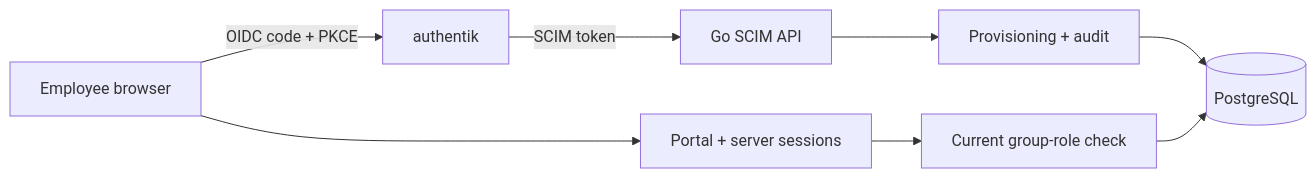
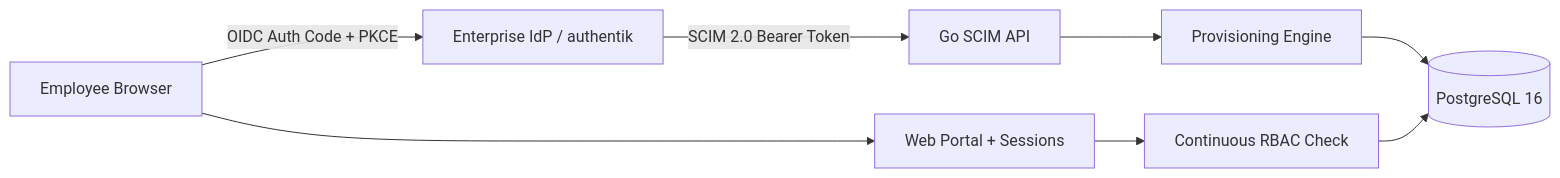
One commit to ranajahanzaib/enterprise-user-provisioning changed the first of 2 diagrams in README.md. Above: the diagram before and after it, drawn with Mermaid. The commit also changed other lines of this file, not shown here.

First line of the commit message:
docs(readme): update README with showcase gallery, architecture, and recipes

````diff
--- a/README.md
+++ b/README.md
@@ -13,10 +36,10 @@
 ```mermaid
 flowchart LR
-  IdP[authentik] -->|SCIM token| API[Go SCIM API]
-  API --> Provision[Provisioning + audit]
-  Provision --> DB[(PostgreSQL)]
-  Browser[Employee browser] -->|OIDC code + PKCE| IdP
-  Browser --> Portal[Portal + server sessions]
-  Portal --> Authz[Current group-role check]
+  IdP[Enterprise IdP / authentik] -->|SCIM 2.0 Bearer Token| API[Go SCIM API]
+  API --> Provision[Provisioning Engine]
+  Provision --> DB[(PostgreSQL 16)]
+  Browser[Employee Browser] -->|OIDC Auth Code + PKCE| IdP
+  Browser --> Portal[Web Portal + Sessions]
+  Portal --> Authz[Continuous RBAC Check]
   Authz --> DB
 ```
````
